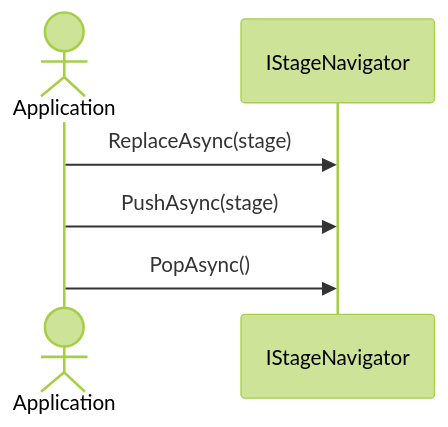
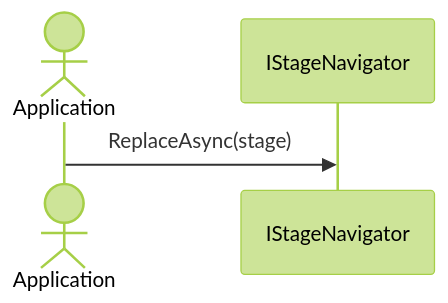
One commit to extreal-dev/Extreal.Guide changed the second of 2 diagrams in docs/core/stage-navigation.md. Above: the diagram before and after it, drawn with Mermaid (forest theme). The commit also changed other lines of this file, not shown here.

Commit message:
StageNavigationの戻れるステージ遷移機能を削除

````diff
--- a/docs/core/stage-navigation.md
+++ b/docs/core/stage-navigation.md
@@ -86,7 +82,5 @@
 ```mermaid
 sequenceDiagram
     actor Application
     Application->>IStageNavigator: ReplaceAsync(stage)
-    Application->>IStageNavigator: PushAsync(stage)
-    Application->>IStageNavigator: PopAsync()
 ```
````
